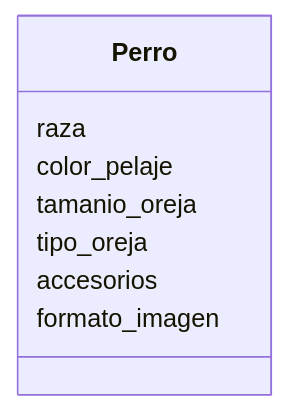
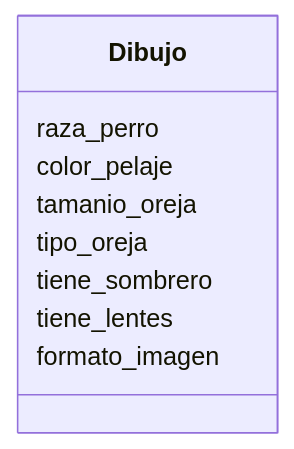
The diagram in retos_sesion_01/ejercicio_03.md (bk320/psg-oop-2025), drawn with Mermaid before and after one commit. The commit also changed other lines of this file and 2 other files, not shown here.

````diff
--- a/retos_sesion_01/ejercicio_03.md
+++ b/retos_sesion_01/ejercicio_03.md
@@ -53,11 +58,12 @@
 ```mermaid
 classDiagram
-    class Perro{
-        raza
+    class Dibujo{
+        raza_perro
         color_pelaje
         tamanio_oreja
         tipo_oreja
-        accesorios
+        tiene_sombrero
+        tiene_lentes
         formato_imagen
     }
 ```
````
